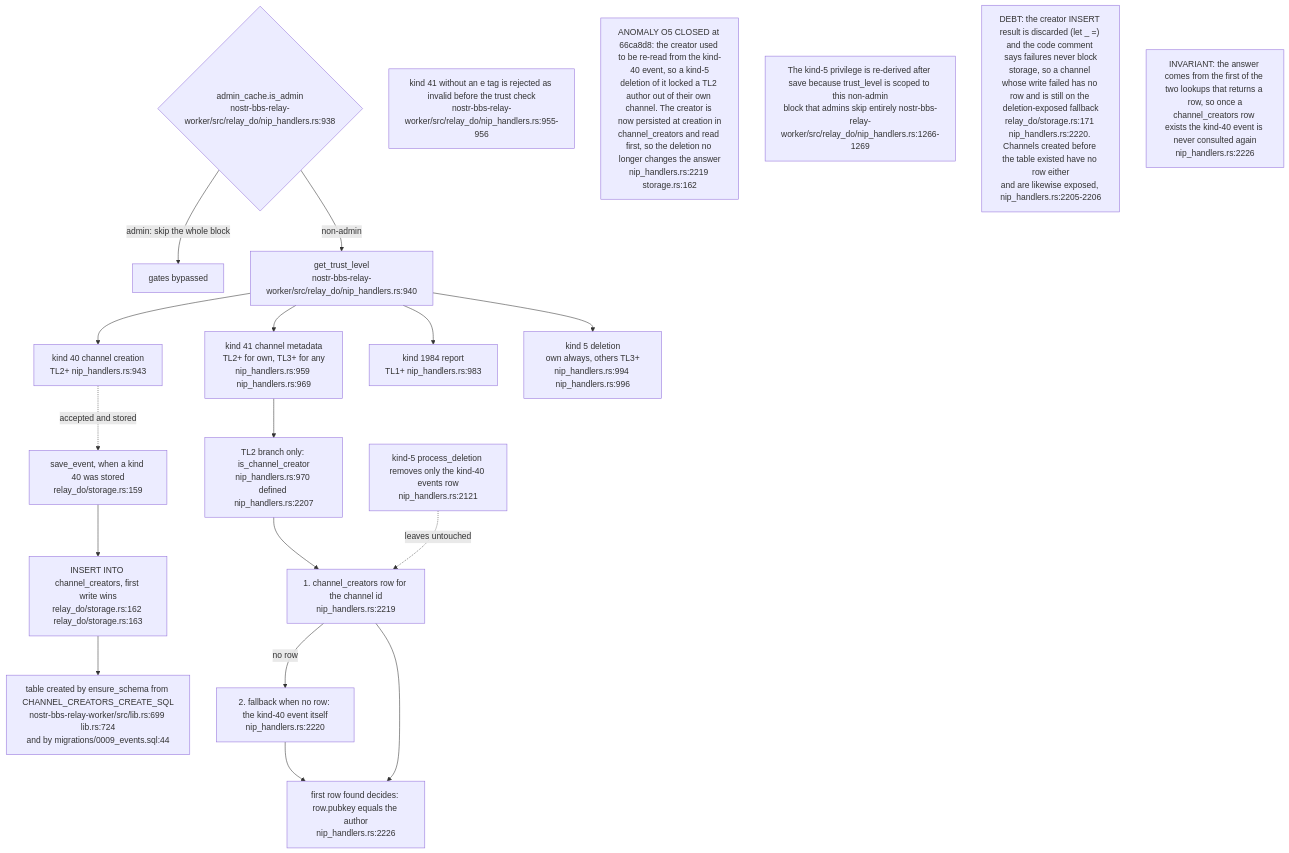
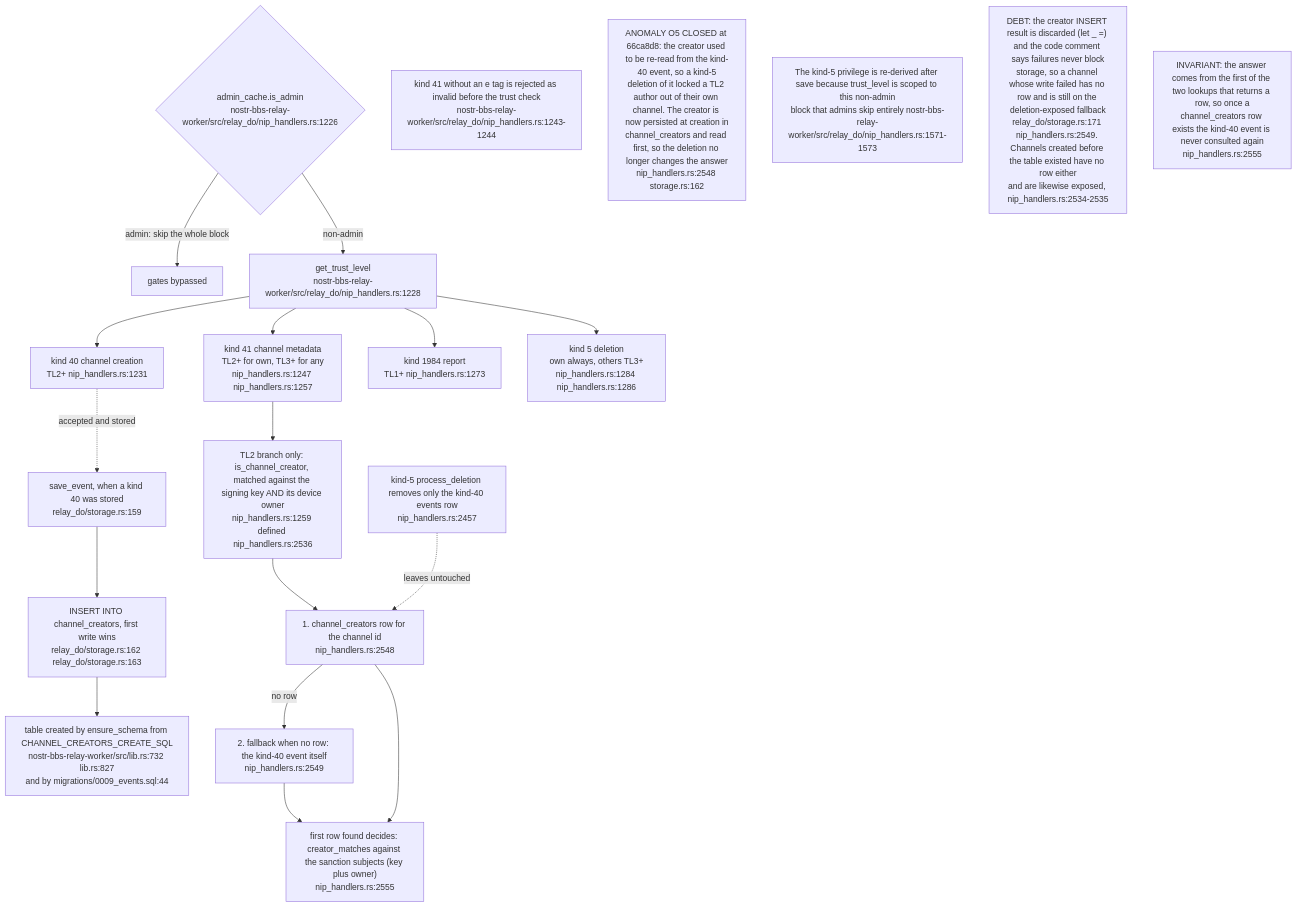
One commit to DreamLab-AI/VisionFlow changed the seventh of 14 diagrams in docs/diagrams/nostr-rust-forum/03-relay-worker-admission-auth-and-trust.md. Above: the diagram before and after it, drawn with Mermaid. The commit also changed other lines of this file and 160 other files, not shown here.

````diff
--- a/docs/diagrams/nostr-rust-forum/03-relay-worker-admission-auth-and-trust.md
+++ b/docs/diagrams/nostr-rust-forum/03-relay-worker-admission-auth-and-trust.md
@@ -190,31 +200,31 @@
 ```mermaid
 flowchart TB
-    ADMIN{"admin_cache.is_admin<br/>nostr-bbs-relay-worker/src/relay_do/nip_handlers.rs:938"}
-    TL["get_trust_level<br/>nostr-bbs-relay-worker/src/relay_do/nip_handlers.rs:940"]
-    K40["kind 40 channel creation<br/>TL2+ nip_handlers.rs:943"]
-    K41["kind 41 channel metadata<br/>TL2+ for own, TL3+ for any<br/>nip_handlers.rs:959 nip_handlers.rs:969"]
-    K1984["kind 1984 report<br/>TL1+ nip_handlers.rs:983"]
-    K5["kind 5 deletion<br/>own always, others TL3+<br/>nip_handlers.rs:994 nip_handlers.rs:996"]
-    IC["TL2 branch only: is_channel_creator<br/>nip_handlers.rs:970 defined nip_handlers.rs:2207"]
-    CC["1. channel_creators row for the channel id<br/>nip_handlers.rs:2219"]
-    FB["2. fallback when no row: the kind-40 event itself<br/>nip_handlers.rs:2220"]
-    ANS["first row found decides: row.pubkey equals the author<br/>nip_handlers.rs:2226"]
+    ADMIN{"admin_cache.is_admin<br/>nostr-bbs-relay-worker/src/relay_do/nip_handlers.rs:1226"}
+    TL["get_trust_level<br/>nostr-bbs-relay-worker/src/relay_do/nip_handlers.rs:1228"]
+    K40["kind 40 channel creation<br/>TL2+ nip_handlers.rs:1231"]
+    K41["kind 41 channel metadata<br/>TL2+ for own, TL3+ for any<br/>nip_handlers.rs:1247 nip_handlers.rs:1257"]
+    K1984["kind 1984 report<br/>TL1+ nip_handlers.rs:1273"]
+    K5["kind 5 deletion<br/>own always, others TL3+<br/>nip_handlers.rs:1284 nip_handlers.rs:1286"]
+    IC["TL2 branch only: is_channel_creator, matched against the signing key AND its device owner<br/>nip_handlers.rs:1259 defined nip_handlers.rs:2536"]
+    CC["1. channel_creators row for the channel id<br/>nip_handlers.rs:2548"]
+    FB["2. fallback when no row: the kind-40 event itself<br/>nip_handlers.rs:2549"]
+    ANS["first row found decides: creator_matches against the sanction subjects (key plus owner)<br/>nip_handlers.rs:2555"]
     SAVE["save_event, when a kind 40 was stored<br/>relay_do/storage.rs:159"]
     INS["INSERT INTO channel_creators, first write wins<br/>relay_do/storage.rs:162 relay_do/storage.rs:163"]
-    DDL["table created by ensure_schema from CHANNEL_CREATORS_CREATE_SQL<br/>nostr-bbs-relay-worker/src/lib.rs:699 lib.rs:724<br/>and by migrations/0009_events.sql:44"]
-    DEL["kind-5 process_deletion removes only the kind-40 events row<br/>nip_handlers.rs:2121"]
+    DDL["table created by ensure_schema from CHANNEL_CREATORS_CREATE_SQL<br/>nostr-bbs-relay-worker/src/lib.rs:732 lib.rs:827<br/>and by migrations/0009_events.sql:44"]
+    DEL["kind-5 process_deletion removes only the kind-40 events row<br/>nip_handlers.rs:2457"]
 
     ADMIN -->|"admin: skip the whole block"| SKIP["gates bypassed"]
     ADMIN -->|"non-admin"| TL --> K40 & K41 & K1984 & K5
     K41 --> IC --> CC -->|"no row"| FB
     CC --> ANS
     FB --> ANS
     K40 -.->|"accepted and stored"| SAVE --> INS --> DDL
     DEL -.->|"leaves untouched"| CC
 
-    N1["kind 41 without an e tag is rejected as invalid before the trust check<br/>nostr-bbs-relay-worker/src/relay_do/nip_handlers.rs:955-956"]
-    N2["ANOMALY O5 CLOSED at 66ca8d8: the creator used to be re-read from the kind-40 event, so a kind-5<br/>deletion of it locked a TL2 author out of their own channel. The creator is now persisted at creation in<br/>channel_creators and read first, so the deletion no longer changes the answer<br/>nip_handlers.rs:2219 storage.rs:162"]
-    N3["The kind-5 privilege is re-derived after save because trust_level is scoped to this non-admin<br/>block that admins skip entirely nostr-bbs-relay-worker/src/relay_do/nip_handlers.rs:1266-1269"]
-    N4["DEBT: the creator INSERT result is discarded (let _ =) and the code comment says failures never block<br/>storage, so a channel whose write failed has no row and is still on the deletion-exposed fallback<br/>relay_do/storage.rs:171 nip_handlers.rs:2220. Channels created before the table existed have no row either<br/>and are likewise exposed, nip_handlers.rs:2205-2206"]
-    N5["INVARIANT: the answer comes from the first of the two lookups that returns a row, so once a<br/>channel_creators row exists the kind-40 event is never consulted again<br/>nip_handlers.rs:2226"]
+    N1["kind 41 without an e tag is rejected as invalid before the trust check<br/>nostr-bbs-relay-worker/src/relay_do/nip_handlers.rs:1243-1244"]
+    N2["ANOMALY O5 CLOSED at 66ca8d8: the creator used to be re-read from the kind-40 event, so a kind-5<br/>deletion of it locked a TL2 author out of their own channel. The creator is now persisted at creation in<br/>channel_creators and read first, so the deletion no longer changes the answer<br/>nip_handlers.rs:2548 storage.rs:162"]
+    N3["The kind-5 privilege is re-derived after save because trust_level is scoped to this non-admin<br/>block that admins skip entirely nostr-bbs-relay-worker/src/relay_do/nip_handlers.rs:1571-1573"]
+    N4["DEBT: the creator INSERT result is discarded (let _ =) and the code comment says failures never block<br/>storage, so a channel whose write failed has no row and is still on the deletion-exposed fallback<br/>relay_do/storage.rs:171 nip_handlers.rs:2549. Channels created before the table existed have no row either<br/>and are likewise exposed, nip_handlers.rs:2534-2535"]
+    N5["INVARIANT: the answer comes from the first of the two lookups that returns a row, so once a<br/>channel_creators row exists the kind-40 event is never consulted again<br/>nip_handlers.rs:2555"]
 ```
````
